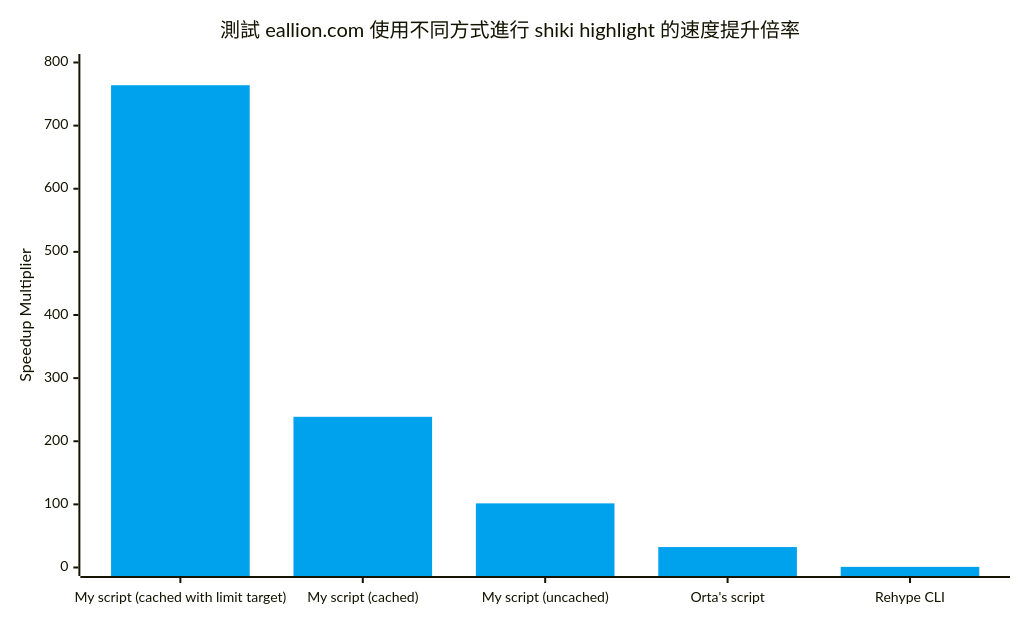
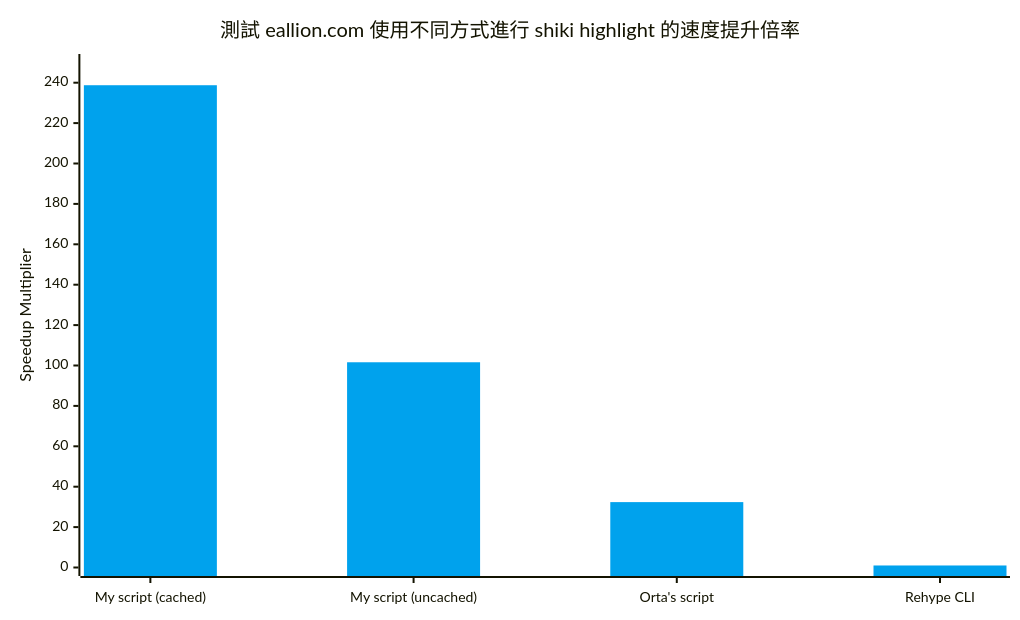
Before and after one commit to ZhenShuo2021/ZhenShuo2021.github.io: the diagram in content/posts/use-shiki-in-hugo/index.md, drawn with Mermaid. The commit also changed other lines of this file and 1 other file, not shown here.

```diff
--- a/content/posts/use-shiki-in-hugo/index.md
+++ b/content/posts/use-shiki-in-hugo/index.md
@@ -76,16 +74,16 @@
 {{< mermaid >}}
 ---
 config:
     xyChart:
         width: 1000
         height: 600
     themeVariables:
         xyChart:
             plotColorPalette: "#00A2ED"
 ---
 xychart-beta
     title "測試 eallion.com 使用不同方式進行 shiki highlight 的速度提升倍率"
-    x-axis ["My script (cached with limit target)", "My script (cached)", "My script (uncached)", "Orta's script", "Rehype CLI"]
-    y-axis "Speedup Multiplier" 0 --> 800
-    bar [764, 238.75, 101.6, 32.37, 1]
+    x-axis ["My script (cached)", "My script (uncached)", "Orta's script", "Rehype CLI"]
+    y-axis "Speedup Multiplier" 0 --> 250
+    bar [238.75, 101.6, 32.37, 1]
 {{< /mermaid >}}
```
